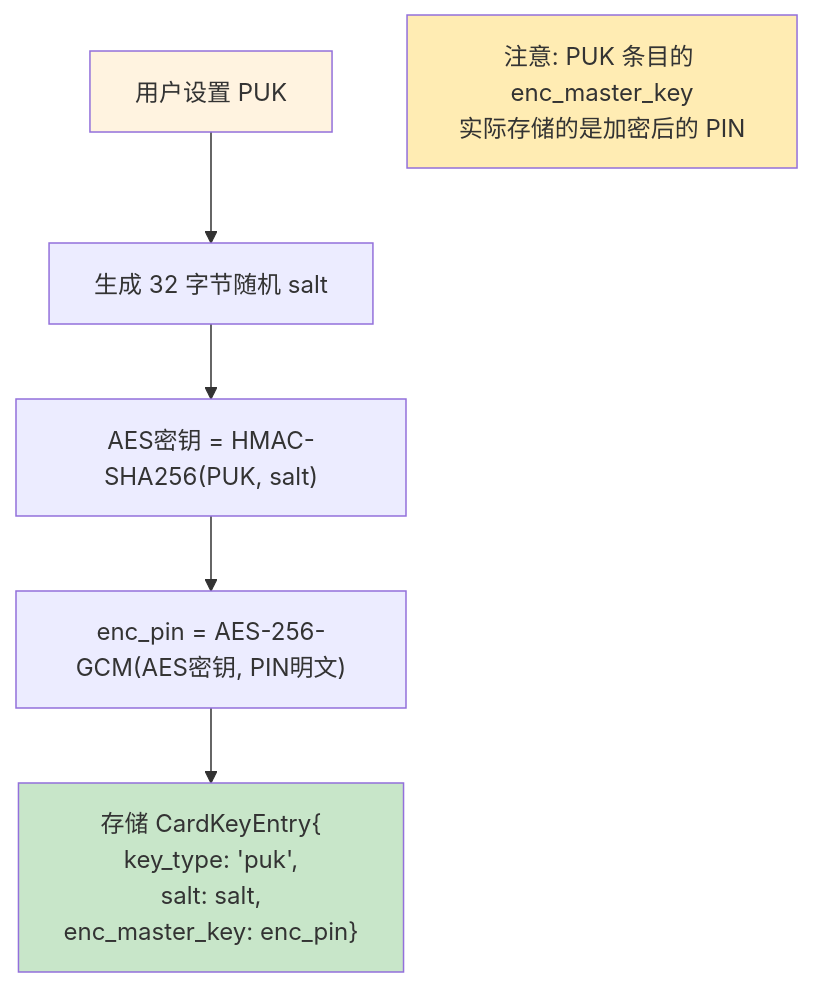
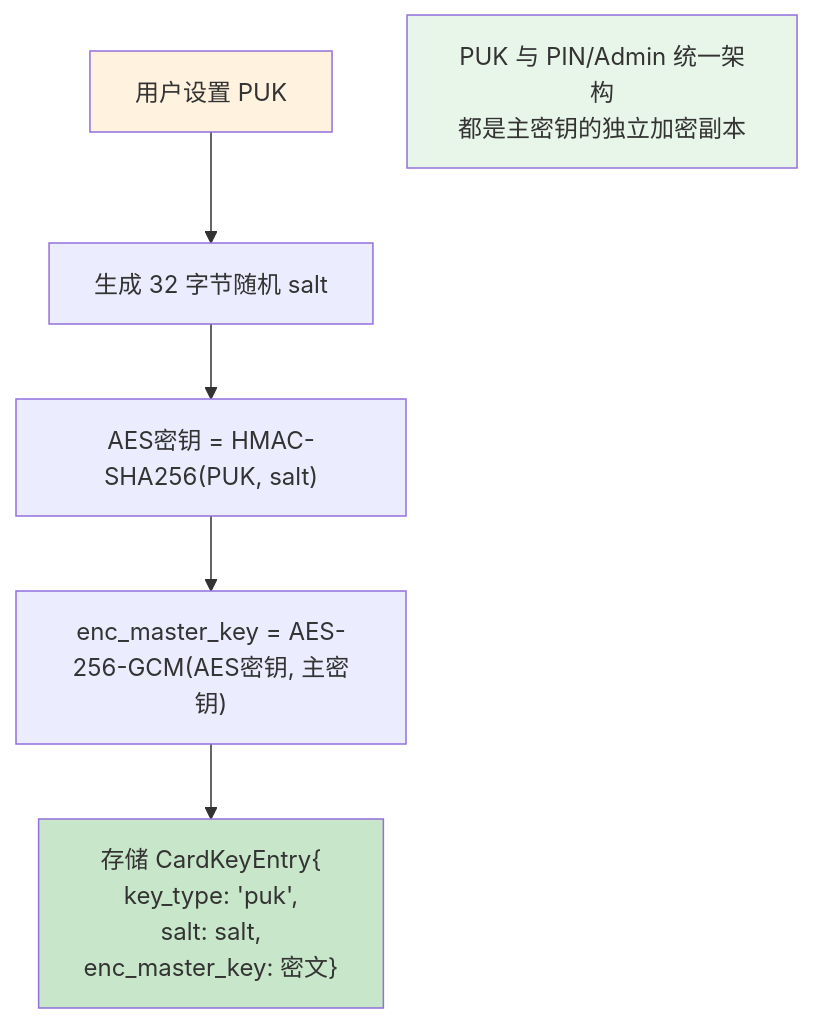
The seventh of 20 diagrams in roadmap/15-CRYPTO-FLOWCHART.MD (PIKACHUIM/OpenCert), drawn with Mermaid before and after one commit. The commit also changed other lines of this file and 24 other files, not shown here.

````diff
--- a/roadmap/15-CRYPTO-FLOWCHART.MD
+++ b/roadmap/15-CRYPTO-FLOWCHART.MD
@@ -195,13 +193,13 @@
 ```mermaid
 flowchart TD
     A[用户设置 PUK] --> B[生成 32 字节随机 salt]
     B --> C["AES密钥 = HMAC-SHA256(PUK, salt)"]
-    C --> D["enc_pin = AES-256-GCM(AES密钥, PIN明文)"]
-    D --> E["存储 CardKeyEntry{<br/>key_type: 'puk',<br/>salt: salt,<br/>enc_master_key: enc_pin}"]
+    C --> D["enc_master_key = AES-256-GCM(AES密钥, 主密钥)"]
+    D --> E["存储 CardKeyEntry{<br/>key_type: 'puk',<br/>salt: salt,<br/>enc_master_key: 密文}"]
     
-    F[注意: PUK 条目的 enc_master_key<br/>实际存储的是加密后的 PIN]
+    F[PUK 与 PIN/Admin 统一架构<br/>都是主密钥的独立加密副本]
     
     style A fill:#fff3e0
     style E fill:#c8e6c9
-    style F fill:#ffecb3
+    style F fill:#e8f5e9
 ```
````
